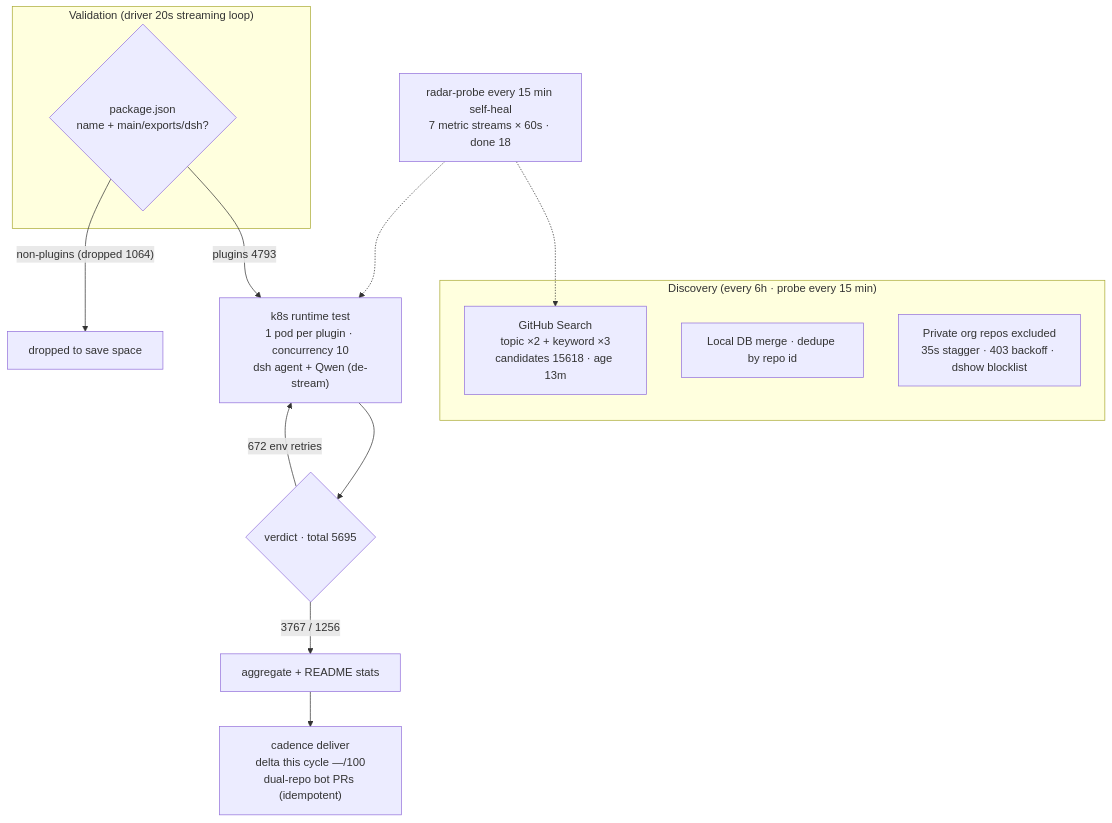
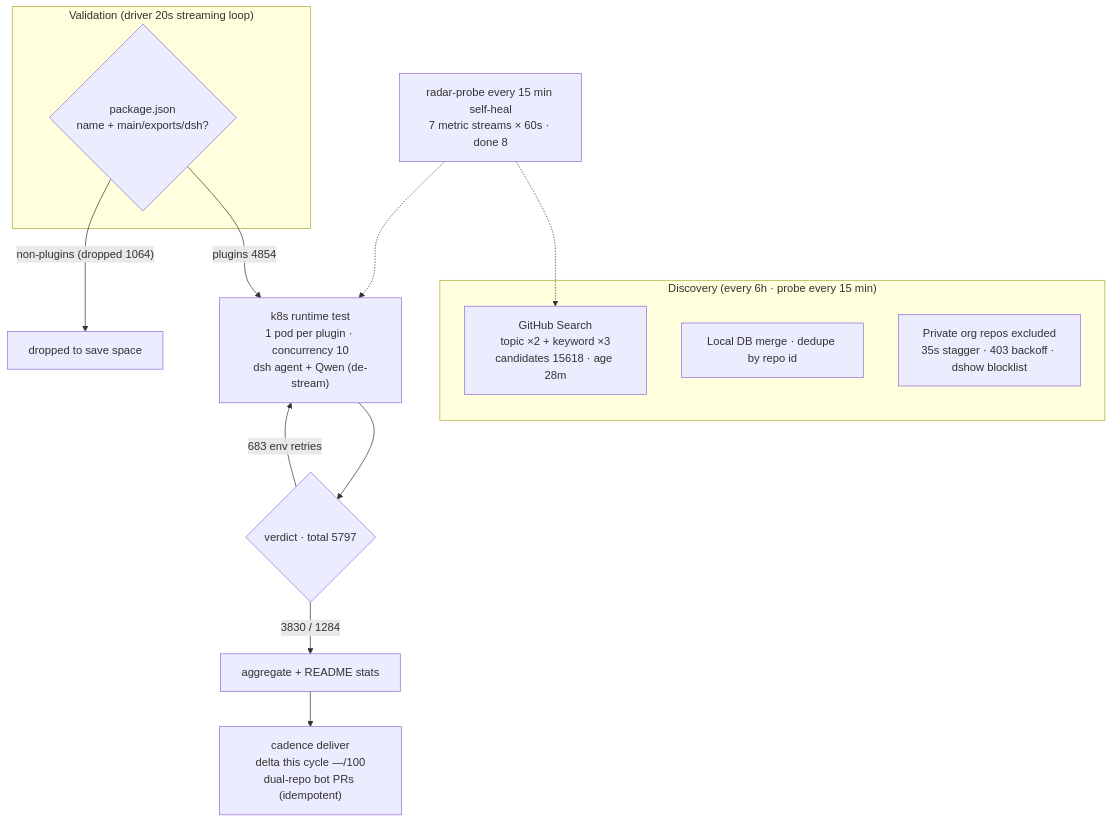
The diagram in README.en-US.md (AdamPlatin123/awesome-dsh-plugins), drawn with Mermaid before and after one commit. The commit also changed other lines of this file and 5 other files, not shown here.

````diff
--- a/README.en-US.md
+++ b/README.en-US.md
@@ -30,20 +30,20 @@
 ```mermaid
 flowchart TB
     subgraph Discovery["Discovery (every 6h · probe every 15 min)"]
-        A1["GitHub Search<br/>topic ×2 + keyword ×3<br/>candidates 15618 · age 13m"]
+        A1["GitHub Search<br/>topic ×2 + keyword ×3<br/>candidates 15618 · age 28m"]
         A2["Local DB merge · dedupe by repo id"]
         A3["Private org repos excluded<br/>35s stagger · 403 backoff · dshow blocklist"]
     end
     subgraph Validation["Validation (driver 20s streaming loop)"]
         B1{"package.json<br/>name + main/exports/dsh?"}
     end
-    B1 -->|"plugins 4793"| C1["k8s runtime test<br/>1 pod per plugin · concurrency 10<br/>dsh agent + Qwen (de-stream)"]
+    B1 -->|"plugins 4854"| C1["k8s runtime test<br/>1 pod per plugin · concurrency 10<br/>dsh agent + Qwen (de-stream)"]
     B1 -->|"non-plugins (dropped 1064)"| B3["dropped to save space"]
-    C1 --> D1{"verdict · total 5695"}
-    D1 -->|"3767 / 1256"| E1["aggregate + README stats"]
-    D1 -->|"672 env retries"| C1
+    C1 --> D1{"verdict · total 5797"}
+    D1 -->|"3830 / 1284"| E1["aggregate + README stats"]
+    D1 -->|"683 env retries"| C1
     E1 --> E2["cadence deliver<br/>delta this cycle —/100<br/>dual-repo bot PRs (idempotent)"]
-    M["radar-probe every 15 min self-heal<br/>7 metric streams × 60s · done 18"]
+    M["radar-probe every 15 min self-heal<br/>7 metric streams × 60s · done 8"]
     M -.-> A1
     M -.-> C1
 ```
````
